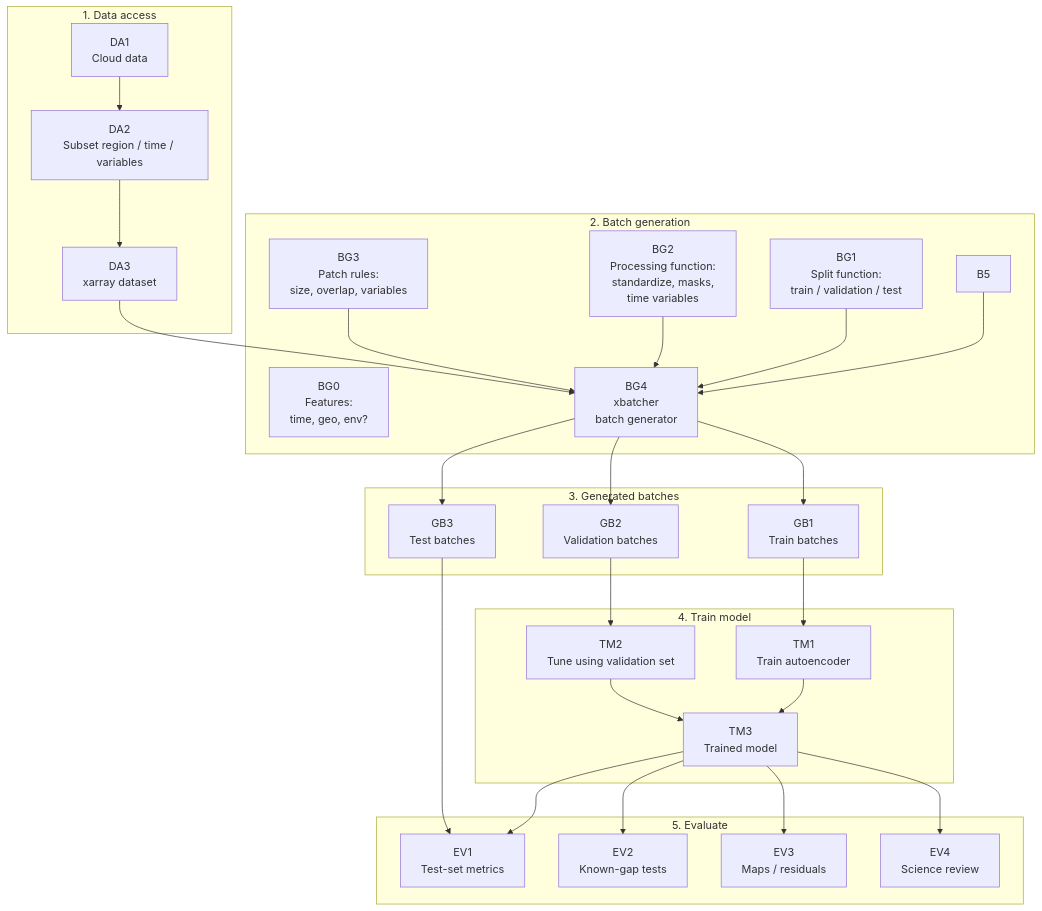
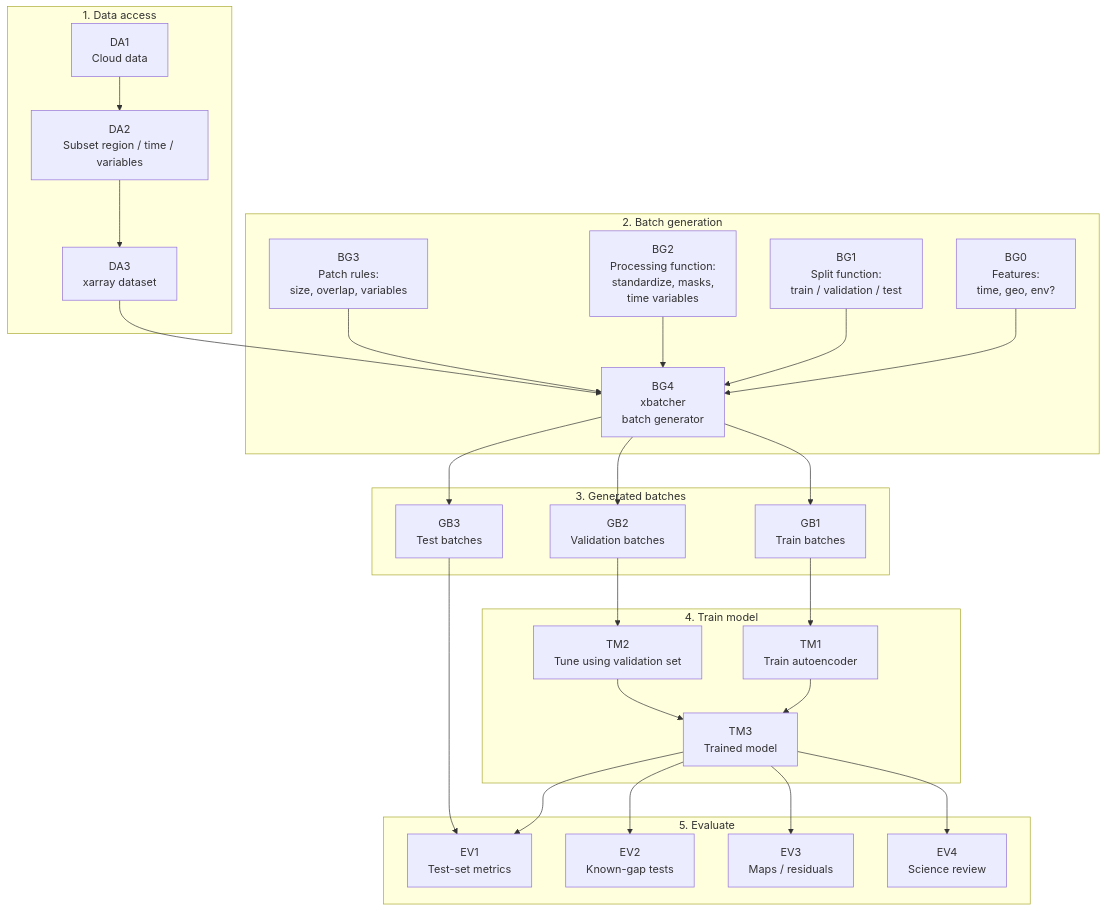
One commit to SAFS-Varanasi-Internship/mindthegap changed the first of 2 diagrams in README.md. Above: the diagram before and after it, drawn with Mermaid.

Commit message:
Update connections in README.md diagram

````diff
--- a/README.md
+++ b/README.md
@@ -6,57 +6,57 @@
 ```mermaid
 flowchart TB
     subgraph A[1. Data access]
         A1[DA1<br/>Cloud data] --> A2[DA2<br/>Subset region / time / variables]
         A2 --> A3[DA3<br/>xarray dataset]
     end
 
     subgraph B[2. Batch generation]
         B1[BG1<br/>Split function:<br/>train / validation / test]
         B2[BG2<br/>Processing function:<br/>standardize, masks,<br/>time variables]
         B3[BG3<br/>Patch rules:<br/>size, overlap, variables]
         B0[BG0<br/>Features:<br/>time, geo, env?]
         B4[BG4<br/>xbatcher<br/>batch generator]
 
-        B5 --> B4
+        B0 --> B4
         B1 --> B4
         B2 --> B4
         B3 --> B4
 
     end
 
     subgraph C[3. Generated batches]
         C1[GB1<br/>Train batches]
         C2[GB2<br/>Validation batches]
         C3[GB3<br/>Test batches]
     end
 
     subgraph D[4. Train model]
         D1[TM1<br/>Train autoencoder]
         D2[TM2<br/>Tune using validation set]
         D3[TM3<br/>Trained model]
     end
 
     subgraph E[5. Evaluate]
         E1[EV1<br/>Test-set metrics]
         E2[EV2<br/>Known-gap tests]
         E3[EV3<br/>Maps / residuals]
         E4[EV4<br/>Science review]
     end
 
     A3 --> B4
 
     B4 --> C1
     B4 --> C2
     B4 --> C3
 
     C1 --> D1
     C2 --> D2
     D1 --> D3
     D2 --> D3
 
     D3 --> E1
     C3 --> E1
     D3 --> E2
     D3 --> E3
     D3 --> E4
 ```
````
